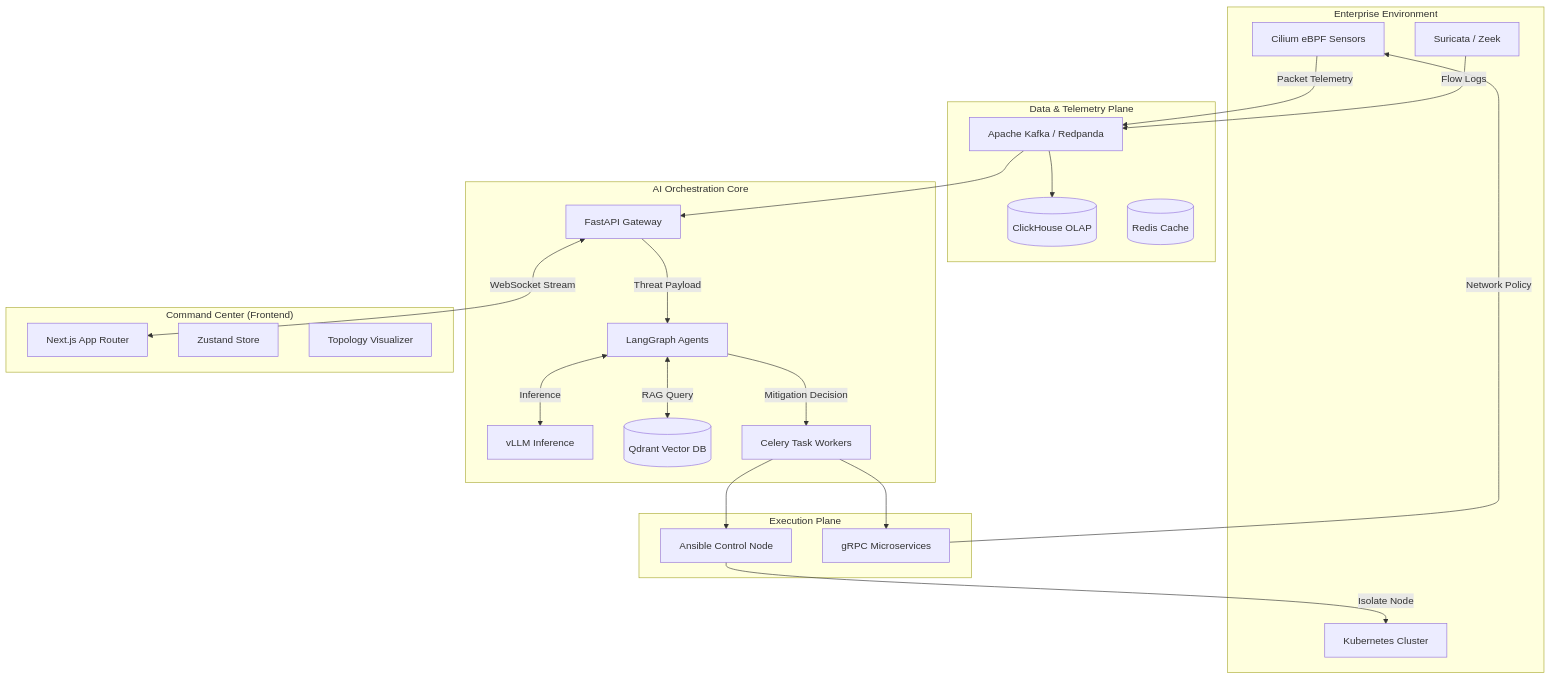
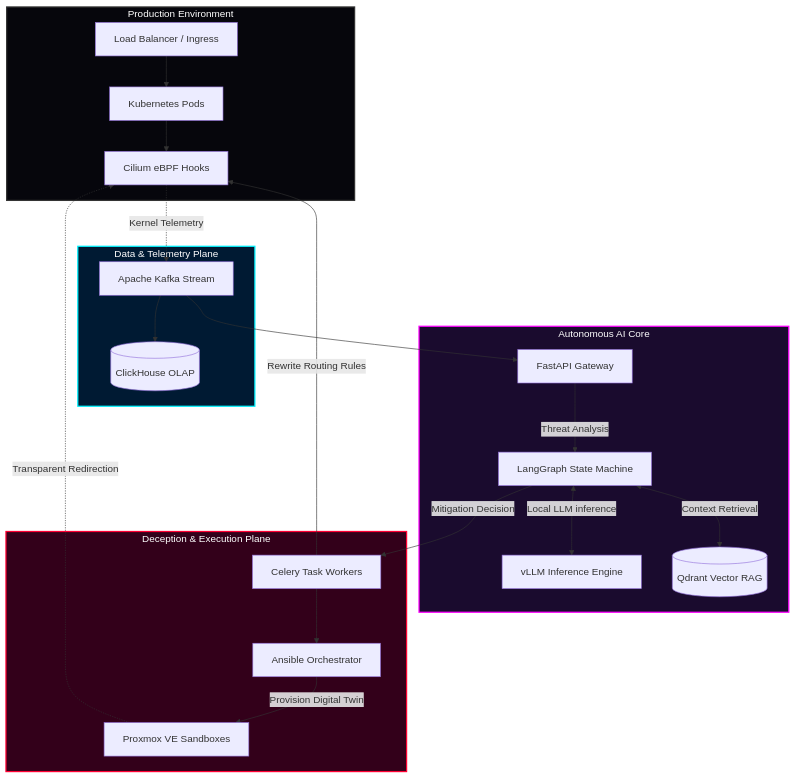
One commit to DEEPESH-845/Aetheris changed the first of 2 diagrams in README.md. Above: the diagram before and after it, drawn with Mermaid. The commit also changed other lines of this file, not shown here.

Commit message:
feat: Revise README for clarity and detail, enhancing project description and core capabilities

````diff
--- a/README.md
+++ b/README.md
@@ -52,51 +62,53 @@
 ```mermaid
 graph TD
-    subgraph EnterpriseEnvironment [Enterprise Environment]
-        K8s[Kubernetes Cluster]
-        eBPF[Cilium eBPF Sensors]
-        Network[Suricata / Zeek]
+    classDef enterprise fill:#06060c,stroke:#333,stroke-width:2px,color:#fff;
+    classDef ai fill:#1a0b2e,stroke:#ff00ff,stroke-width:2px,color:#fff;
+    classDef data fill:#001a33,stroke:#00f3ff,stroke-width:2px,color:#fff;
+    classDef execution fill:#33001a,stroke:#ff0033,stroke-width:2px,color:#fff;
+
+    subgraph Enterprise["Production Environment"]
+        Ingress[Load Balancer / Ingress]
+        Pods[Kubernetes Pods]
+        eBPF[Cilium eBPF Hooks]
     end
+    class Enterprise enterprise;
 
-    subgraph DataTelemetryPlane [Data & Telemetry Plane]
-        Kafka[Apache Kafka / Redpanda]
+    subgraph DataPlane["Data & Telemetry Plane"]
+        Kafka[Apache Kafka Stream]
         ClickHouse[(ClickHouse OLAP)]
-        Redis[(Redis Cache)]
     end
+    class DataPlane data;
 
-    subgraph AIOrchestrationCore [AI Orchestration Core]
+    subgraph AICore["Autonomous AI Core"]
         FastAPI[FastAPI Gateway]
-        LangGraph[LangGraph Agents]
-        vLLM[vLLM Inference]
-        Qdrant[(Qdrant Vector DB)]
+        LangGraph[LangGraph State Machine]
+        vLLM[vLLM Inference Engine]
+        Qdrant[(Qdrant Vector RAG)]
+    end
+    class AICore ai;
+
+    subgraph ExecutionPlane["Deception & Execution Plane"]
         Celery[Celery Task Workers]
+        Ansible[Ansible Orchestrator]
+        Proxmox[Proxmox VE Sandboxes]
     end
+    class ExecutionPlane execution;
 
-    subgraph CommandCenter ["Command Center (Frontend)"]
-        NextJS[Next.js App Router]
-        Zustand[Zustand Store]
-        SVGMap[Topology Visualizer]
-    end
-
-    subgraph ExecutionPlane [Execution Plane]
-        Ansible[Ansible Control Node]
-        gRPC[gRPC Microservices]
-    end
-
-    eBPF -->|Packet Telemetry| Kafka
-    Network -->|Flow Logs| Kafka
+    Ingress --> Pods
+    Pods --> eBPF
+    eBPF -.->|Kernel Telemetry| Kafka
+    
     Kafka --> ClickHouse
     Kafka --> FastAPI
     
-    FastAPI <-->|WebSocket Stream| NextJS
-    
-    FastAPI -->|Threat Payload| LangGraph
-    LangGraph <-->|RAG Query| Qdrant
-    LangGraph <-->|Inference| vLLM
+    FastAPI -->|Threat Analysis| LangGraph
+    LangGraph <-->|Context Retrieval| Qdrant
+    LangGraph <-->|Local LLM inference| vLLM
     
     LangGraph -->|Mitigation Decision| Celery
     Celery --> Ansible
-    Celery --> gRPC
+    Ansible -->|Provision Digital Twin| Proxmox
+    Celery -->|Rewrite Routing Rules| eBPF
     
-    Ansible -->|Isolate Node| K8s
-    gRPC -->|Network Policy| eBPF
+    Proxmox -.->|Transparent Redirection| eBPF
 ```
````
